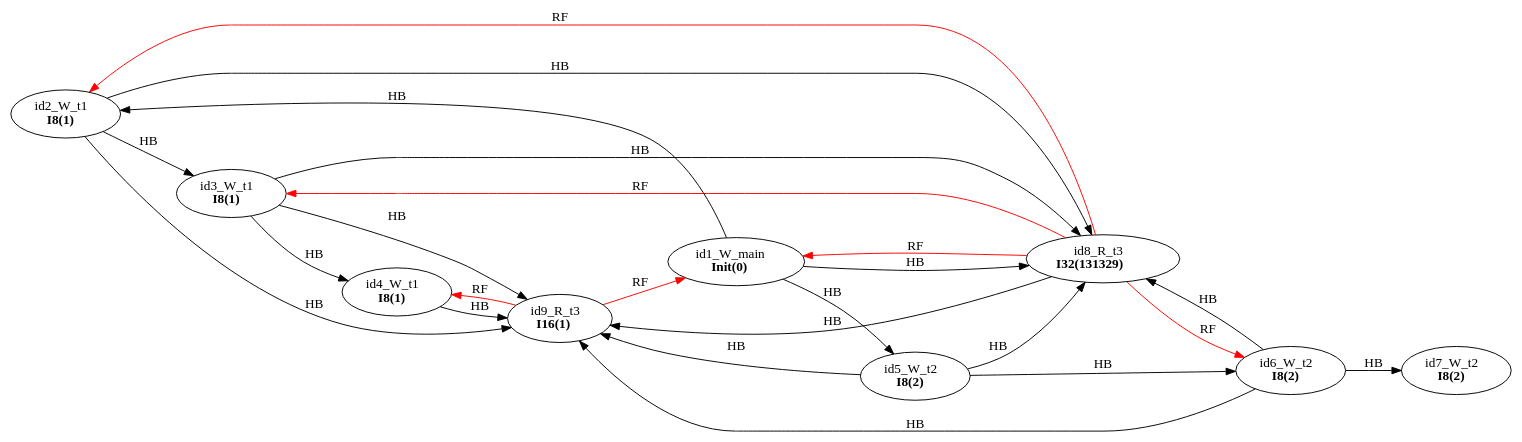
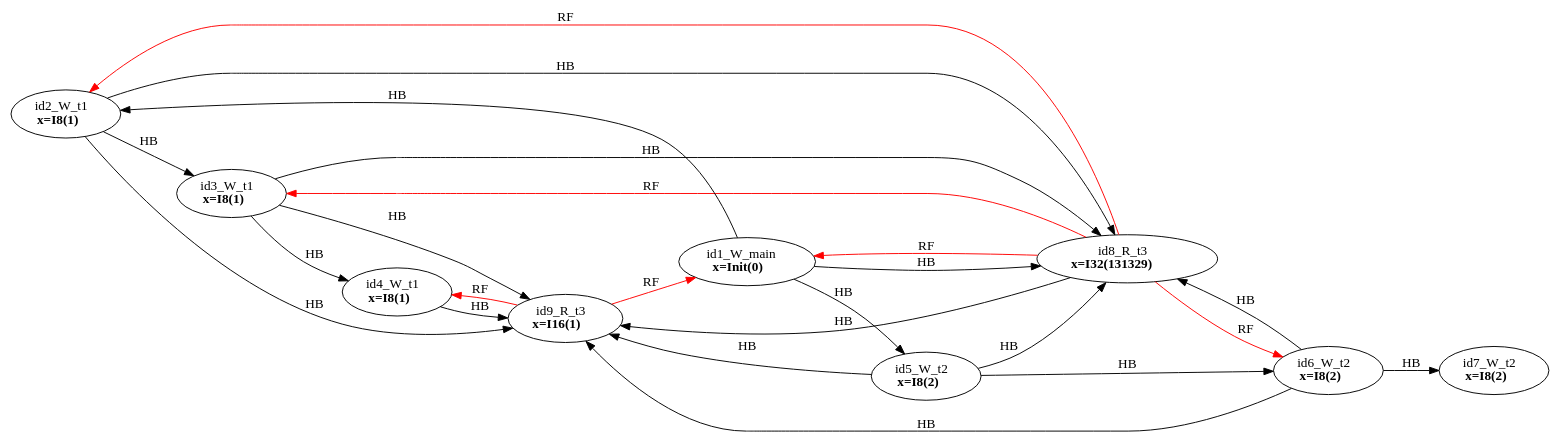
The diagram in examples/single_var/sv_simple20/mm13.dot (FMJS/EMME), drawn with Graphviz before and after one commit. The commit also changed 257 other files, not shown here.

```diff
--- a/examples/single_var/sv_simple20/mm13.dot
+++ b/examples/single_var/sv_simple20/mm13.dot
@@ -1,36 +1,36 @@
 digraph memory_model {
 rankdir=LR;
 splines=true; esep=0.5;
 id2_W_t1 -> id3_W_t1 [label = "HB", color="black"];
 id3_W_t1 -> id4_W_t1 [label = "HB", color="black"];
 id5_W_t2 -> id6_W_t2 [label = "HB", color="black"];
 id6_W_t2 -> id7_W_t2 [label = "HB", color="black"];
 id8_R_t3 -> id9_R_t3 [label = "HB", color="black"];
 id1_W_main -> id2_W_t1 [label = "HB", color="black"];
 id1_W_main -> id5_W_t2 [label = "HB", color="black"];
 id1_W_main -> id8_R_t3 [label = "HB", color="black"];
 id2_W_t1 -> id8_R_t3 [label = "HB", color="black"];
 id2_W_t1 -> id9_R_t3 [label = "HB", color="black"];
 id3_W_t1 -> id8_R_t3 [label = "HB", color="black"];
 id3_W_t1 -> id9_R_t3 [label = "HB", color="black"];
 id4_W_t1 -> id9_R_t3 [label = "HB", color="black"];
 id5_W_t2 -> id8_R_t3 [label = "HB", color="black"];
 id5_W_t2 -> id9_R_t3 [label = "HB", color="black"];
 id6_W_t2 -> id8_R_t3 [label = "HB", color="black"];
 id6_W_t2 -> id9_R_t3 [label = "HB", color="black"];
 id8_R_t3 -> id1_W_main [label = "RF", color="red"];
 id8_R_t3 -> id2_W_t1 [label = "RF", color="red"];
 id8_R_t3 -> id3_W_t1 [label = "RF", color="red"];
 id8_R_t3 -> id6_W_t2 [label = "RF", color="red"];
 id9_R_t3 -> id1_W_main [label = "RF", color="red"];
 id9_R_t3 -> id4_W_t1 [label = "RF", color="red"];
-id1_W_main [label=<id1_W_main<br/><B>Init(0)</B>>, pos="5.0,6!"]
-id2_W_t1 [label=<id2_W_t1<br/><B>I8(1)</B>>, pos="0,4!"]
-id3_W_t1 [label=<id3_W_t1<br/><B>I8(1)</B>>, pos="0,2!"]
-id4_W_t1 [label=<id4_W_t1<br/><B>I8(1)</B>>, pos="0,0!"]
-id5_W_t2 [label=<id5_W_t2<br/><B>I8(2)</B>>, pos="5,4!"]
-id6_W_t2 [label=<id6_W_t2<br/><B>I8(2)</B>>, pos="5,2!"]
-id7_W_t2 [label=<id7_W_t2<br/><B>I8(2)</B>>, pos="5,0!"]
-id8_R_t3 [label=<id8_R_t3<br/><B>I32(131329)</B>>, pos="10,4!"]
-id9_R_t3 [label=<id9_R_t3<br/><B>I16(1)</B>>, pos="10,2!"]
+id1_W_main [label=<id1_W_main<br/><B>x=Init(0)</B>>, pos="5.0,6!"]
+id2_W_t1 [label=<id2_W_t1<br/><B>x=I8(1)</B>>, pos="0,4!"]
+id3_W_t1 [label=<id3_W_t1<br/><B>x=I8(1)</B>>, pos="0,2!"]
+id4_W_t1 [label=<id4_W_t1<br/><B>x=I8(1)</B>>, pos="0,0!"]
+id5_W_t2 [label=<id5_W_t2<br/><B>x=I8(2)</B>>, pos="5,4!"]
+id6_W_t2 [label=<id6_W_t2<br/><B>x=I8(2)</B>>, pos="5,2!"]
+id7_W_t2 [label=<id7_W_t2<br/><B>x=I8(2)</B>>, pos="5,0!"]
+id8_R_t3 [label=<id8_R_t3<br/><B>x=I32(131329)</B>>, pos="10,4!"]
+id9_R_t3 [label=<id9_R_t3<br/><B>x=I16(1)</B>>, pos="10,2!"]
 }
```
